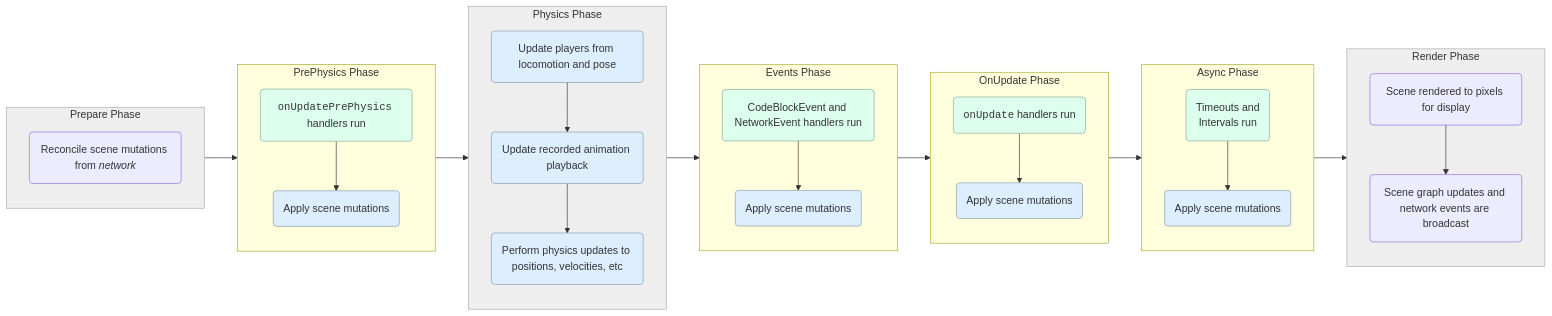
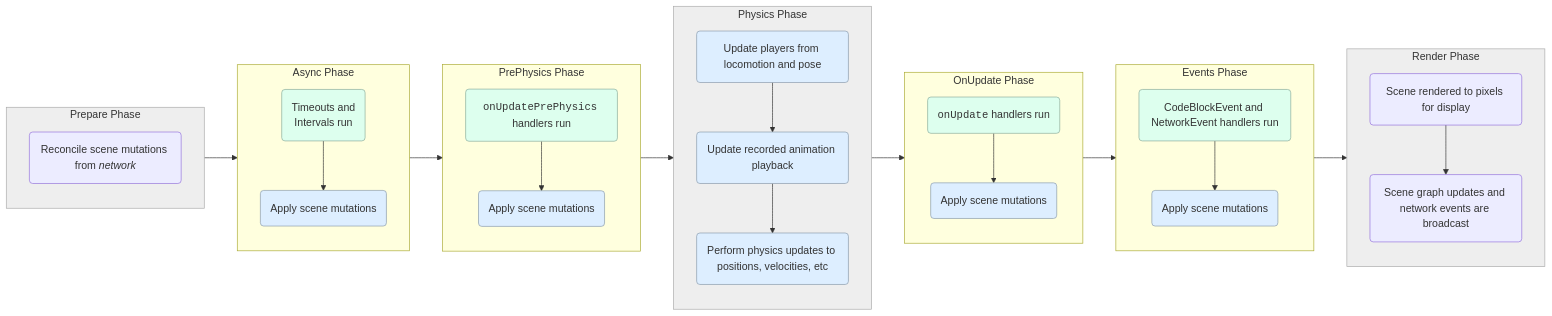
One commit to MHCPCreators/horizonCreatorManual changed the first of 4 diagrams in HorizonTechnicalDoc.md. Above: the diagram before and after it, drawn with Mermaid. The commit also changed other lines of this file, not shown here.

````diff
--- a/HorizonTechnicalDoc.md
+++ b/HorizonTechnicalDoc.md
@@ -1346,57 +1346,58 @@
 ```mermaid
 flowchart LR
   subgraph prepare [Prepare Phase]
     load(Reconcile scene mutations from <i>network</i>)
   end
 
   subgraph prePhysics [PrePhysics Phase]
     preHandlers(<code style="background-color:#0000">onUpdatePrePhysics</code> handlers run) --> preMutations(Apply scene mutations)
   end
 
   subgraph physics [Physics Phase]
     locomotion(Update players from locomotion and pose) --> animation(Update recorded animation playback)
 
     animation --> physicsStep(Perform physics updates to positions, velocities, etc)
   end
 
   subgraph events [Events Phase]
     eventHandlers(CodeBlockEvent and NetworkEvent handlers run) --> eventsMutations(Apply scene mutations)
   end
 
   subgraph onUpdate [OnUpdate Phase]
     onUpdateHandlers(<code style="background-color:#0000">onUpdate</code> handlers run) --> onUpdateMutations(Apply scene mutations)
   end
 
   subgraph async [Async Phase]
     asyncHandlers(Timeouts and<br/>Intervals run) --> asyncMutations(Apply scene mutations)
   end
 
   subgraph render [Render Phase]
     sceneRender(Scene rendered to pixels for display) --> broadcast(Scene graph updates and network events are broadcast)
   end
 
-  prepare --> prePhysics
+  prepare --> async
+  async --> prePhysics
   prePhysics --> physics(Physics)
-  physics --> events(Events Phase)
-  events --> onUpdate(OnUpdate Phase)
-  onUpdate --> async(Async Phase)
-  async --> render(Render Phase)
+  physics -->
+  onUpdate(OnUpdate Phase)
+  onUpdate --> events(Events Phase)
+  events --> render(Render Phase)
 
   style prepare fill:#eee,stroke:#aaa
   style physics fill:#eee,stroke:#aaa
   style render fill:#eee,stroke:#aaa
 
   style preHandlers fill:#dfe,stroke:#8a9
   style eventHandlers fill:#dfe,stroke:#8a9
   style onUpdateHandlers fill:#dfe,stroke:#8a9
   style asyncHandlers fill:#dfe,stroke:#8a9
 
   style preMutations fill:#def,stroke:#89a
   style eventsMutations fill:#def,stroke:#89a
   style onUpdateMutations fill:#def,stroke:#89a
   style asyncMutations fill:#def,stroke:#89a
 
   style locomotion fill:#def,stroke:#89a
   style animation fill:#def,stroke:#89a
   style physicsStep fill:#def,stroke:#89a
 ```
````
